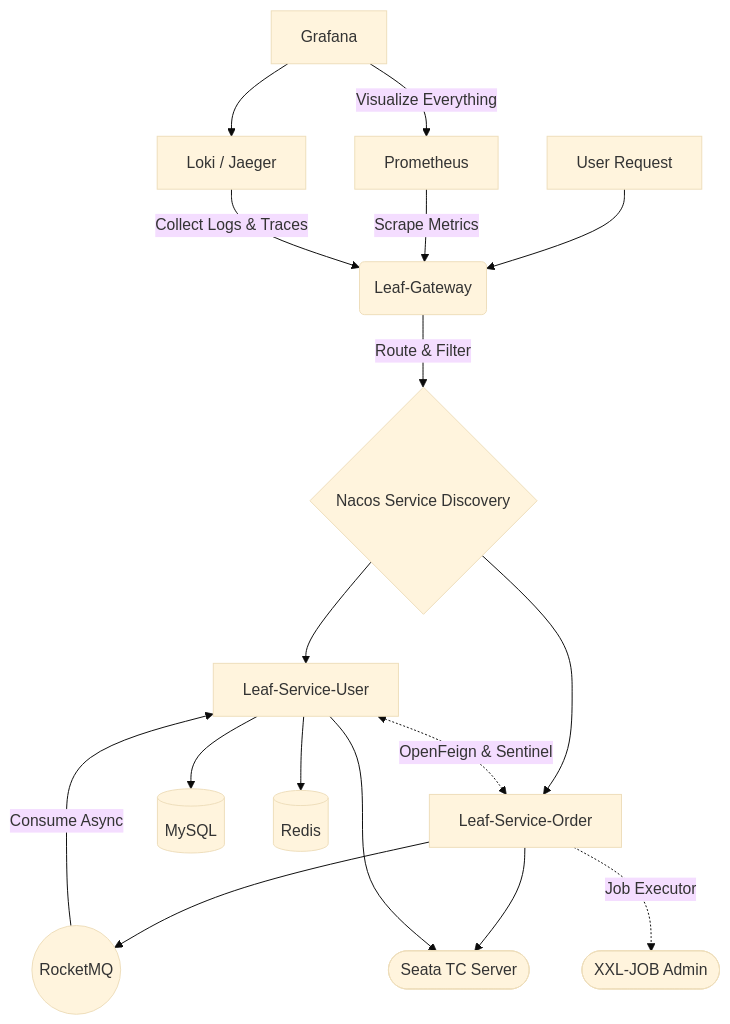
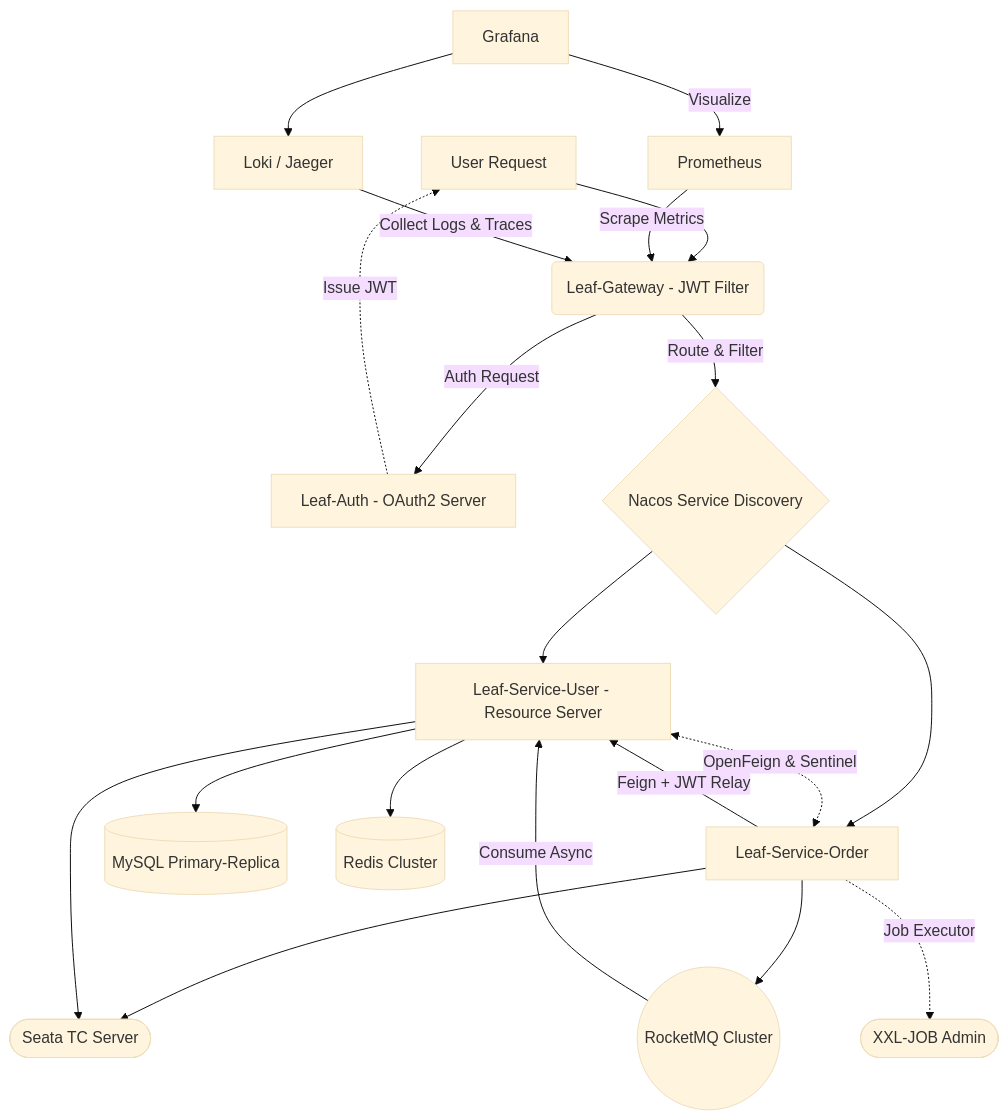
Before and after one commit to paiky/leaf-springcloud: the diagram in README.md, drawn with Mermaid (base theme). The commit also changed other lines of this file, not shown here.

Commit message:
docs: update README with Phase 19 security architecture (leaf-auth, JWT, Feign relay)
- Add security highlight: Spring Authorization Server + JWT full-chain auth
- Update Mermaid topology: add Leaf-Auth node, JWT Filter, Feign JWT Relay
- Add leaf-auth module to module guide table (port 8083)
- Update Quick Start: AuthApplication first, JWT token acquisition steps
- Update tech stack: add Spring Authorization Server, Redis Cluster, DLedger, Helm+ArgoCD

````diff
--- a/README.md
+++ b/README.md
@@ -23,25 +24,28 @@
 ```mermaid
 graph TD
-    A[User Request] --> B(Leaf-Gateway)
+    A[User Request] --> B(Leaf-Gateway - JWT Filter)
+    B -->|Auth Request| AUTH[Leaf-Auth - OAuth2 Server]
+    AUTH -.->|Issue JWT| A
     B -->|Route & Filter| C{Nacos Service Discovery}
-    C --> D[Leaf-Service-User]
+    C --> D[Leaf-Service-User - Resource Server]
     C --> E[Leaf-Service-Order]
-    
-    D <-.-> |OpenFeign & Sentinel| E
-    
-    D --> F[(MySQL)]
-    D --> G[(Redis)]
-    
-    E --> H((RocketMQ))
-    H --> |Consume Async| D
-    
+
+    E -->|Feign + JWT Relay| D
+    D <-.->|OpenFeign & Sentinel| E
+
+    D --> F[(MySQL Primary-Replica)]
+    D --> G[(Redis Cluster)]
+
+    E --> H((RocketMQ Cluster))
+    H -->|Consume Async| D
+
     E --> TC([Seata TC Server])
     D --> TC
-    
-    E -.-> |Job Executor| X([XXL-JOB Admin])
-    
-    I[Prometheus] --> |Scrape Metrics| B
-    J[Loki / Jaeger] --> |Collect Logs & Traces| B
-    K[Grafana] --> |Visualize Everything| I
+
+    E -.->|Job Executor| X([XXL-JOB Admin])
+
+    I[Prometheus] -->|Scrape Metrics| B
+    J[Loki / Jaeger] -->|Collect Logs & Traces| B
+    K[Grafana] -->|Visualize| I
     K --> J
 ```
````
